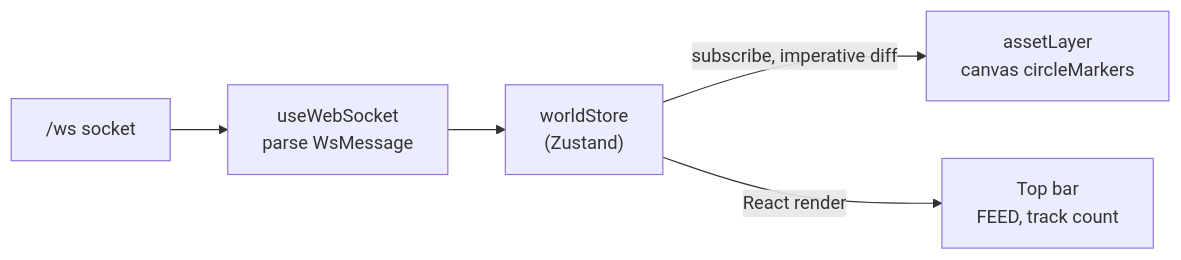
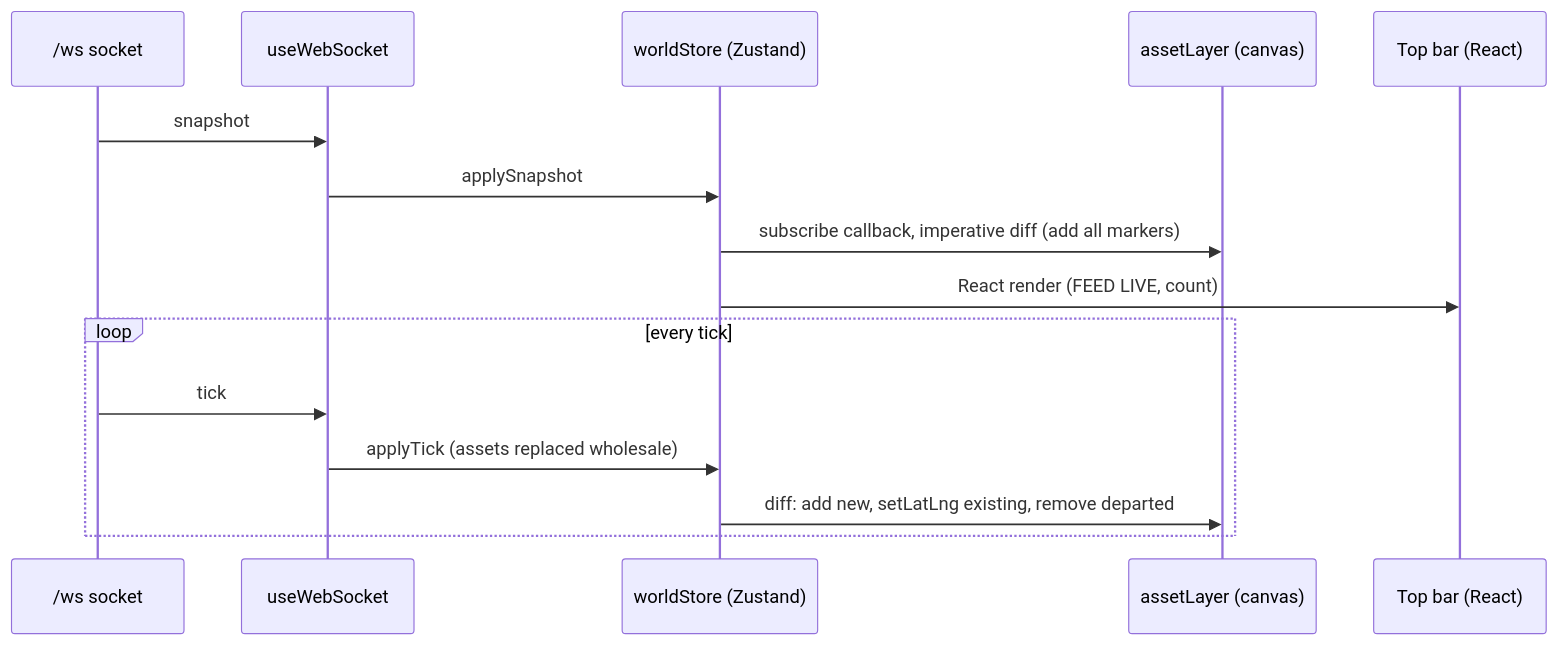
Before and after one commit to ayfor/sentinel: the diagram in docs/stories/S2-asset-render.md, drawn with Mermaid. The commit also changed other lines of this file, not shown here.

````diff
--- a/docs/stories/S2-asset-render.md
+++ b/docs/stories/S2-asset-render.md
@@ -50,7 +50,17 @@
 ```mermaid
-flowchart LR
-    WS["/ws socket"] --> HOOK["useWebSocket<br/>parse WsMessage"]
-    HOOK --> STORE["worldStore<br/>(Zustand)"]
-    STORE -->|"subscribe, imperative diff"| LAYER["assetLayer<br/>canvas circleMarkers"]
-    STORE -->|"React render"| BAR["Top bar<br/>FEED, track count"]
+sequenceDiagram
+    participant WS as /ws socket
+    participant HOOK as useWebSocket
+    participant STORE as worldStore (Zustand)
+    participant LAYER as assetLayer (canvas)
+    participant BAR as Top bar (React)
+    WS->>HOOK: snapshot
+    HOOK->>STORE: applySnapshot
+    STORE->>LAYER: subscribe callback, imperative diff (add all markers)
+    STORE->>BAR: React render (FEED LIVE, count)
+    loop every tick
+        WS->>HOOK: tick
+        HOOK->>STORE: applyTick (assets replaced wholesale)
+        STORE->>LAYER: diff: add new, setLatLng existing, remove departed
+    end
 ```
````
